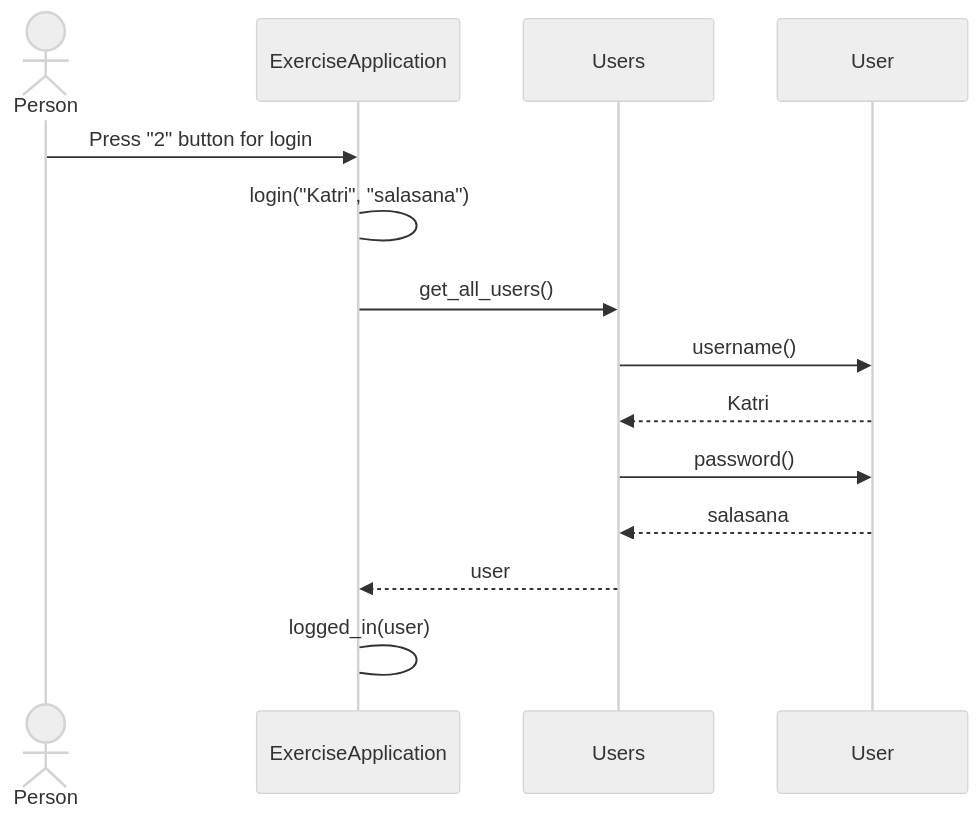
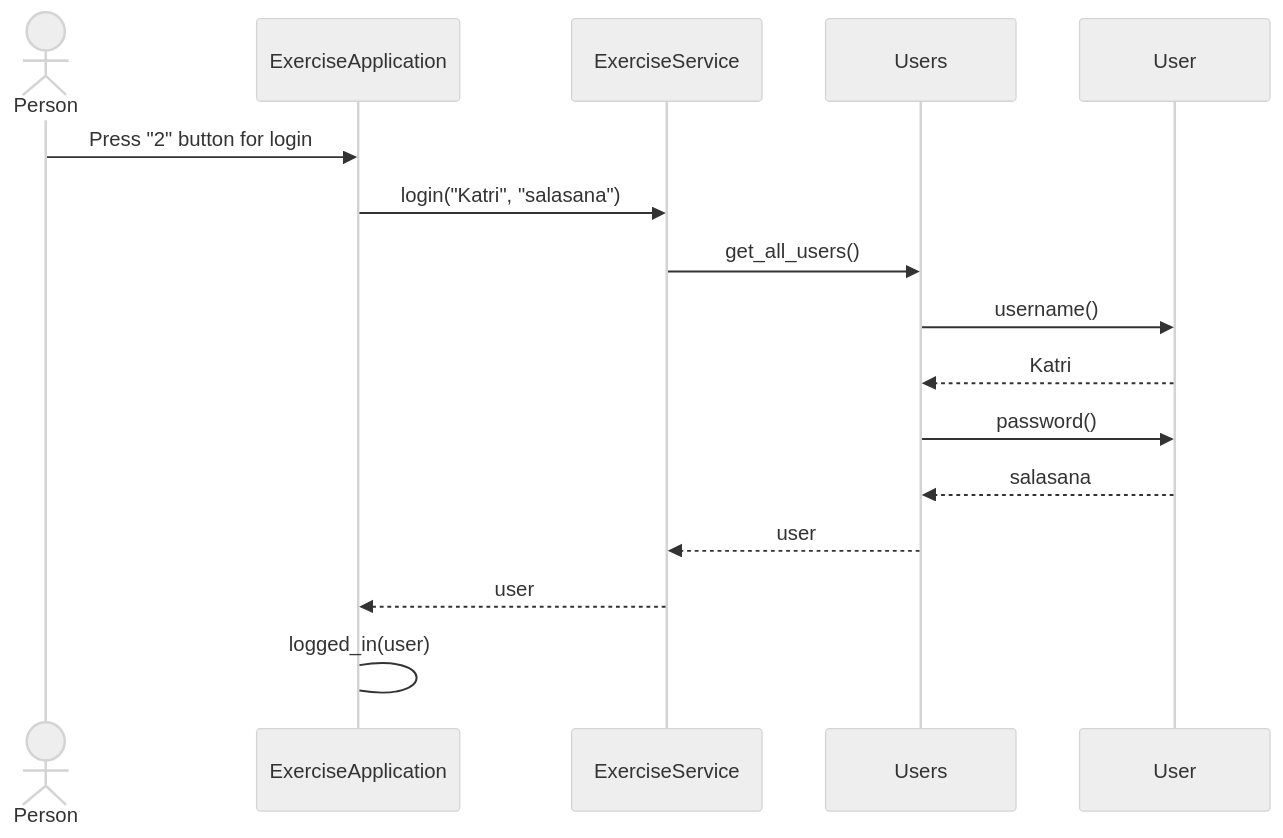
Before and after one commit to Kaabero/ot-harjoitustyo: the second of 2 diagrams in dokumentaatio/arkkitehtuuri.md, drawn with Mermaid (neutral theme). The commit also changed other lines of this file, not shown here.

````diff
--- a/dokumentaatio/arkkitehtuuri.md
+++ b/dokumentaatio/arkkitehtuuri.md
@@ -52,16 +68,18 @@
 ```mermaid
 sequenceDiagram
   actor Person
   participant ExerciseApplication
+  participant ExerciseService
   participant Users
   participant User
   Person->>ExerciseApplication: Press "2" button for login
-  ExerciseApplication->ExerciseApplication: login("Katri", "salasana")
-  ExerciseApplication->>Users: get_all_users()
+  ExerciseApplication->>ExerciseService: login("Katri", "salasana")
+  ExerciseService->>Users: get_all_users()
   Users->>User: username()
   User-->>Users: Katri
   Users->>User: password()
   User-->>Users: salasana
-  Users-->>ExerciseApplication: user
+  Users-->>ExerciseService: user
+  ExerciseService-->>ExerciseApplication: user
   ExerciseApplication->ExerciseApplication: logged_in(user)
 ```
````
